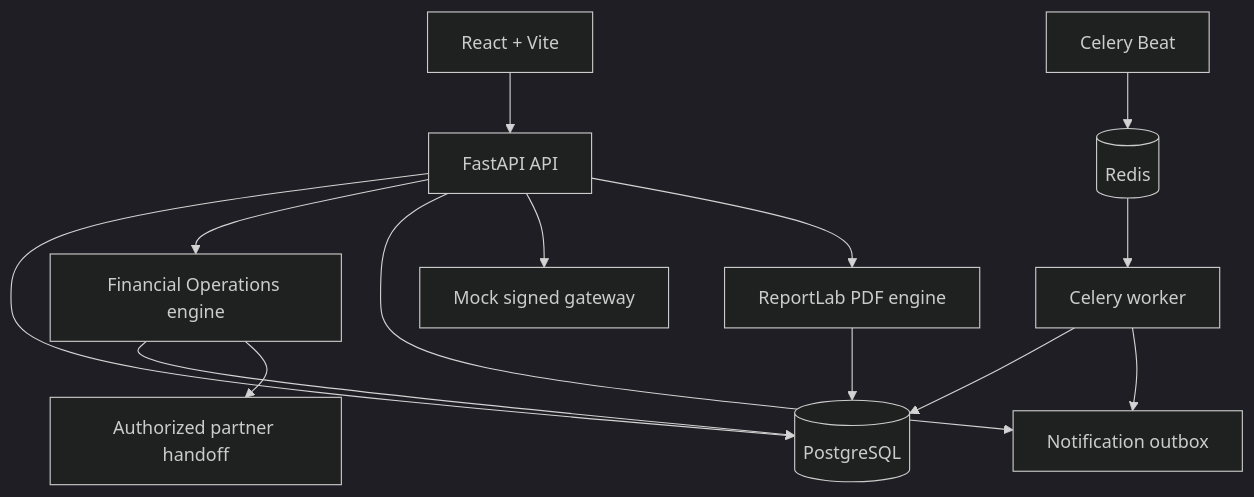
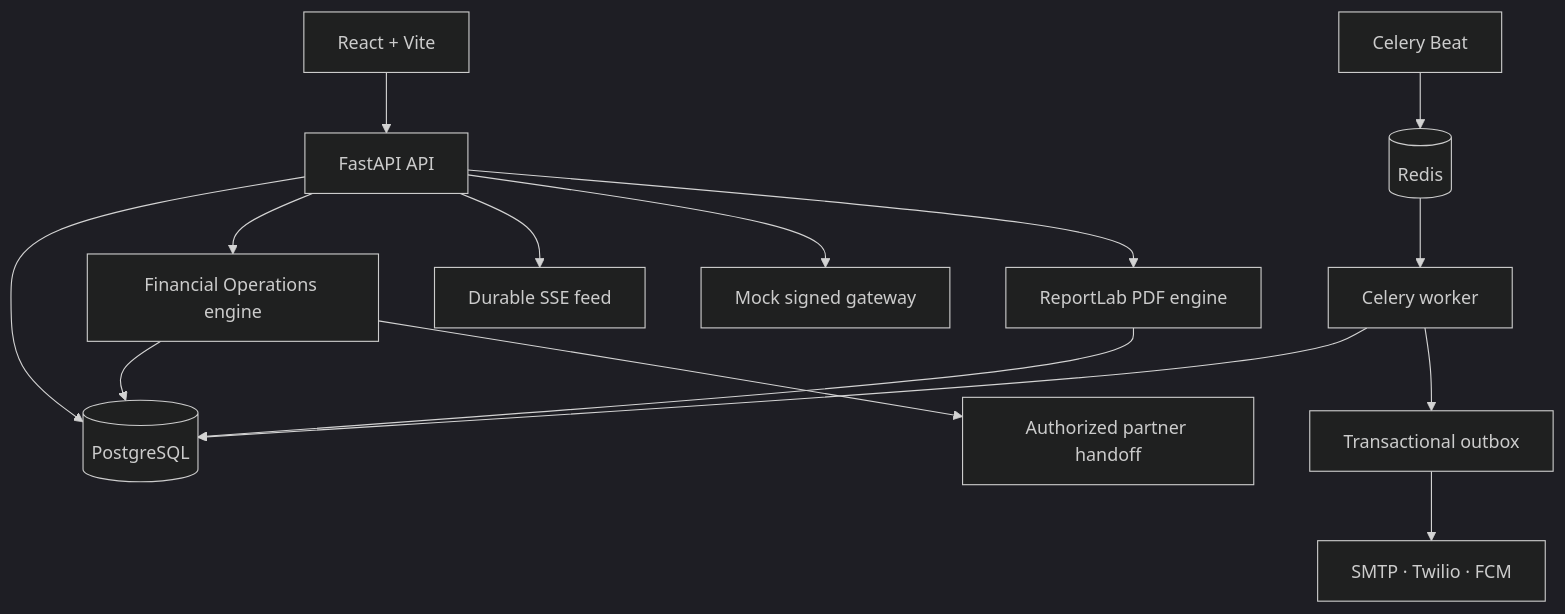
Before and after one commit to Yashovardhan47/AI_finance_manage_system_AI: the first of 4 diagrams in docs/ARCHITECTURE.md, drawn with Mermaid (dark theme). The commit also changed other lines of this file and 34 other files, not shown here.

````diff
--- a/docs/ARCHITECTURE.md
+++ b/docs/ARCHITECTURE.md
@@ -15,16 +15,17 @@
 ```mermaid
 flowchart TB
     UI[React + Vite] --> API[FastAPI API]
     API --> DB[(PostgreSQL)]
     API --> OPS[Financial Operations engine]
     OPS --> DB
     OPS --> HANDOFF[Authorized partner handoff]
-    API --> OUT[Notification outbox]
+    API --> SSE[Durable SSE feed]
     API --> GW[Mock signed gateway]
     BEAT[Celery Beat] --> REDIS[(Redis)]
     REDIS --> WORKER[Celery worker]
     WORKER --> DB
-    WORKER --> OUT
+    WORKER --> OUT[Transactional outbox]
+    OUT --> ADAPTERS[SMTP · Twilio · FCM]
     API --> PDF[ReportLab PDF engine]
     PDF --> DB
 ```
````
